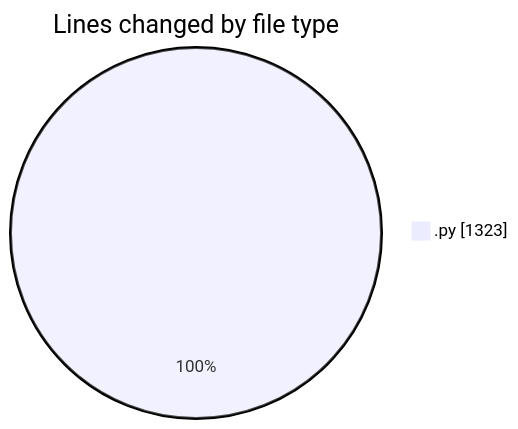
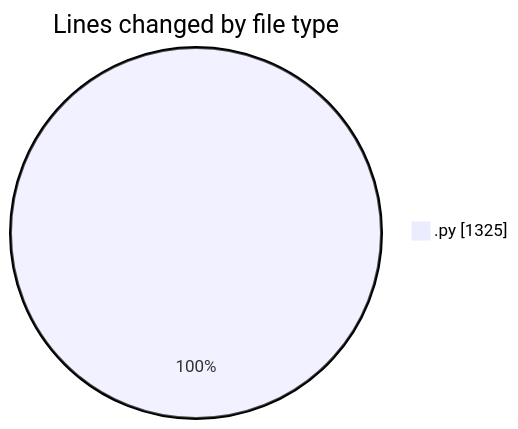
Before and after one commit to julien-gomy/code-tracking: the first of 2 diagrams in 2025-10-10/eventscop-api-guide__workspace_/README.md, drawn with Mermaid. The commit also changed other lines of this file and 1 other file, not shown here.

````diff
--- a/2025-10-10/eventscop-api-guide__workspace_/README.md
+++ b/2025-10-10/eventscop-api-guide__workspace_/README.md
@@ -23,5 +23,5 @@
 ```mermaid
 pie showData
 title Lines changed by file type
-".py" : 1323
+".py" : 1325
 ```
````
